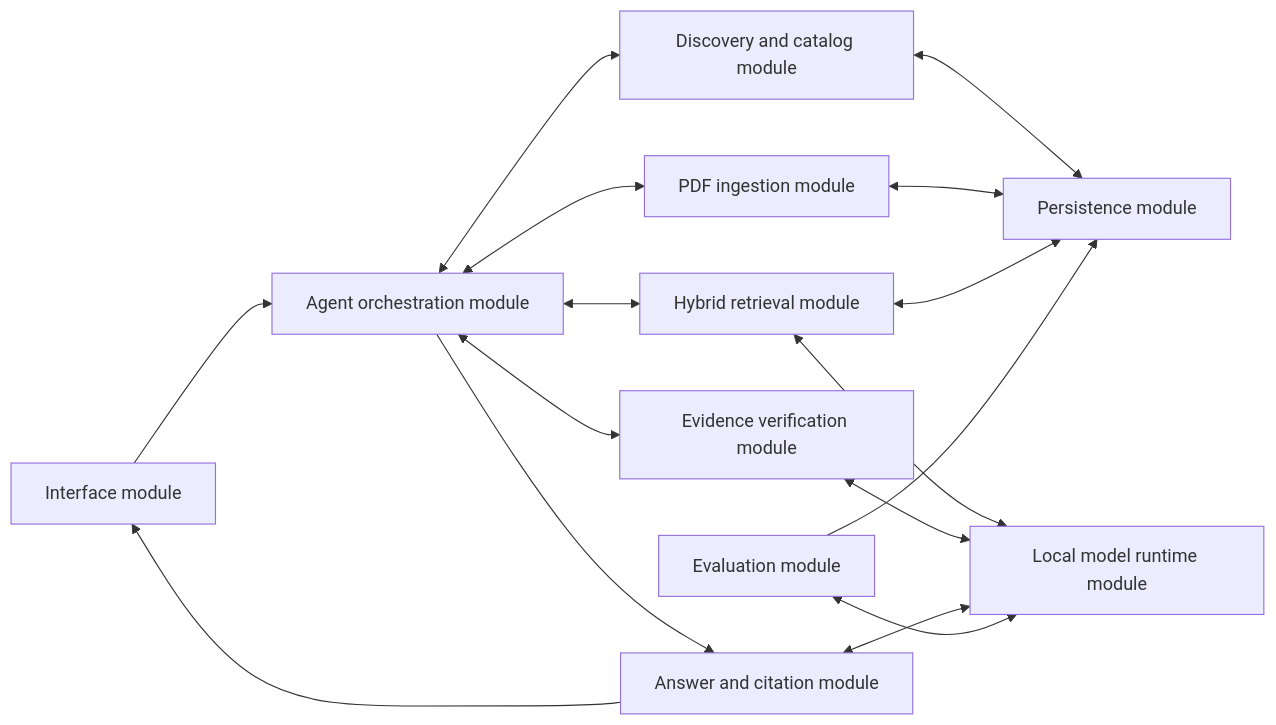
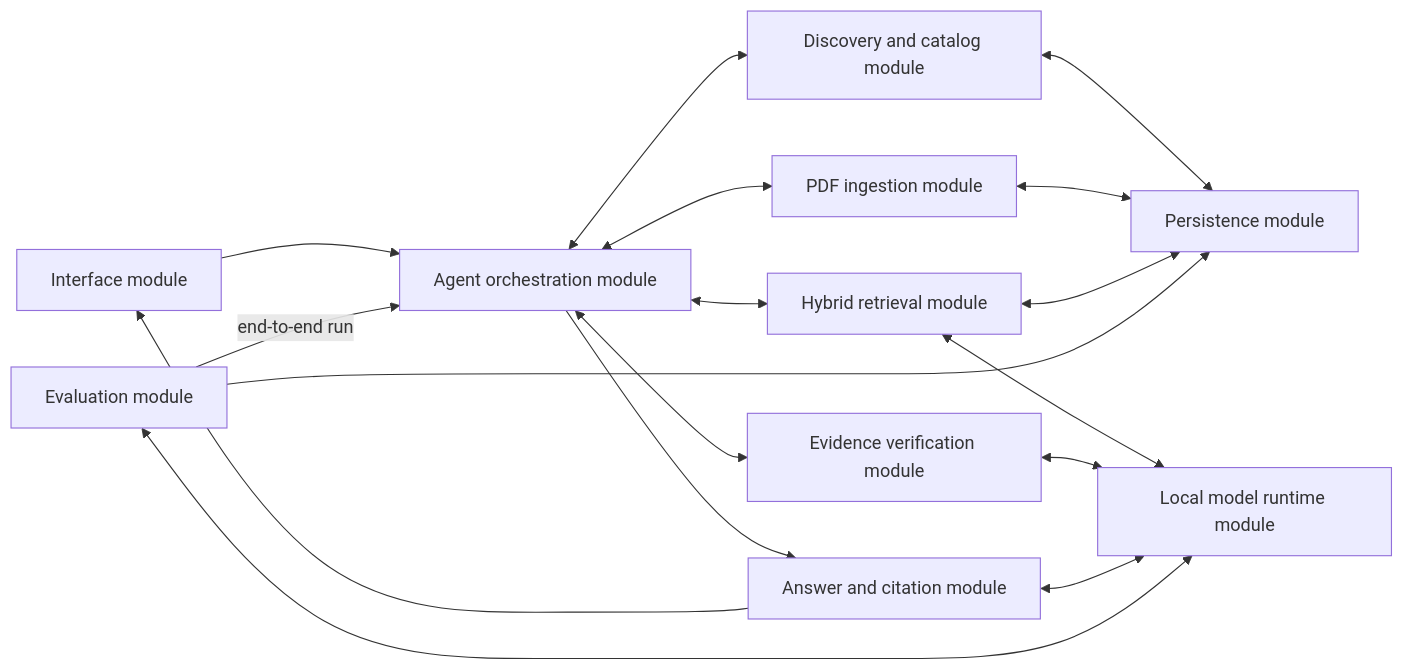
One commit to TQC0103/scientific-research-agent changed the first of 11 diagrams in docs/SYSTEM_VISUALIZATION.md. Above: the diagram before and after it, drawn with Mermaid. The commit also changed other lines of this file and 11 other files, not shown here.

````diff
--- a/docs/SYSTEM_VISUALIZATION.md
+++ b/docs/SYSTEM_VISUALIZATION.md
@@ -10,21 +10,22 @@
 ```mermaid
 flowchart LR
     UI["Interface module"] --> AGENT["Agent orchestration module"]
     AGENT <--> DISCOVERY["Discovery and catalog module"]
     AGENT <--> INGESTION["PDF ingestion module"]
     AGENT <--> RETRIEVAL["Hybrid retrieval module"]
     AGENT <--> VERIFIER["Evidence verification module"]
     AGENT --> ANSWER["Answer and citation module"]
     ANSWER --> UI
 
     DISCOVERY <--> STORAGE["Persistence module"]
     INGESTION <--> STORAGE
     RETRIEVAL <--> STORAGE
 
     RETRIEVAL <--> MODELS["Local model runtime module"]
     VERIFIER <--> MODELS
     ANSWER <--> MODELS
 
     EVALUATION["Evaluation module"] <--> MODELS
+    EVALUATION -->|"end-to-end run"| AGENT
     EVALUATION --> STORAGE
 ```
````
